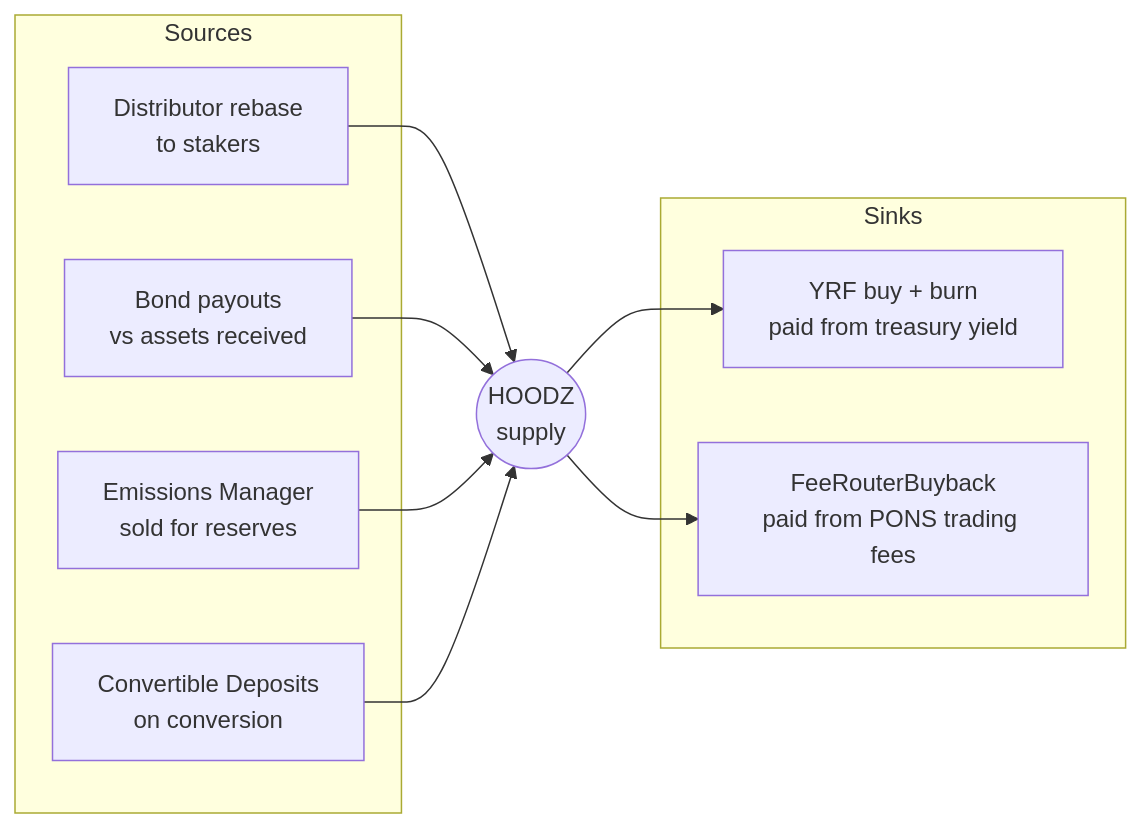
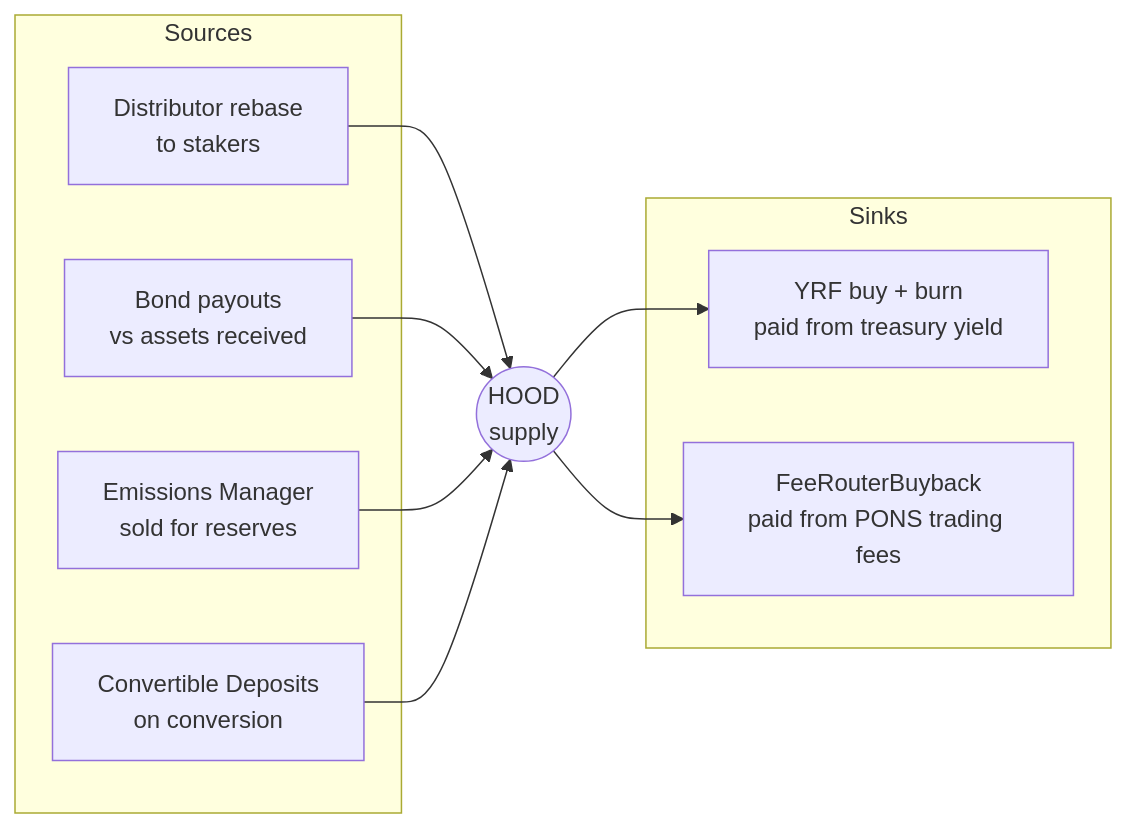
The diagram in docs/TOKENOMICS.md (averageballer13/Hoodz), drawn with Mermaid before and after one commit. The commit also changed other lines of this file and 109 other files, not shown here.

````diff
--- a/docs/TOKENOMICS.md
+++ b/docs/TOKENOMICS.md
@@ -69,20 +69,20 @@
 ```mermaid
 flowchart LR
     subgraph Sources
         A["Distributor rebase<br/>to stakers"]
         B["Bond payouts<br/>vs assets received"]
         C["Emissions Manager<br/>sold for reserves"]
         D["Convertible Deposits<br/>on conversion"]
     end
-    S(("HOODZ<br/>supply"))
+    S(("HOOD<br/>supply"))
     subgraph Sinks
         E["YRF buy + burn<br/>paid from treasury yield"]
         F["FeeRouterBuyback<br/>paid from PONS trading fees"]
     end
     A --> S
     B --> S
     C --> S
     D --> S
     S --> E
     S --> F
 ```
````
